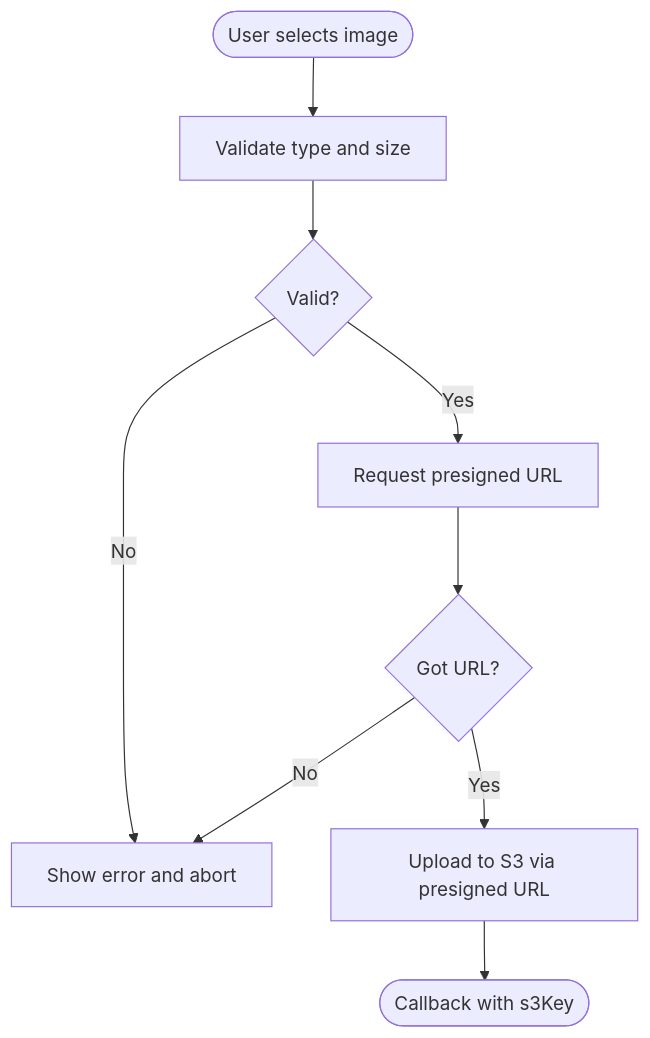
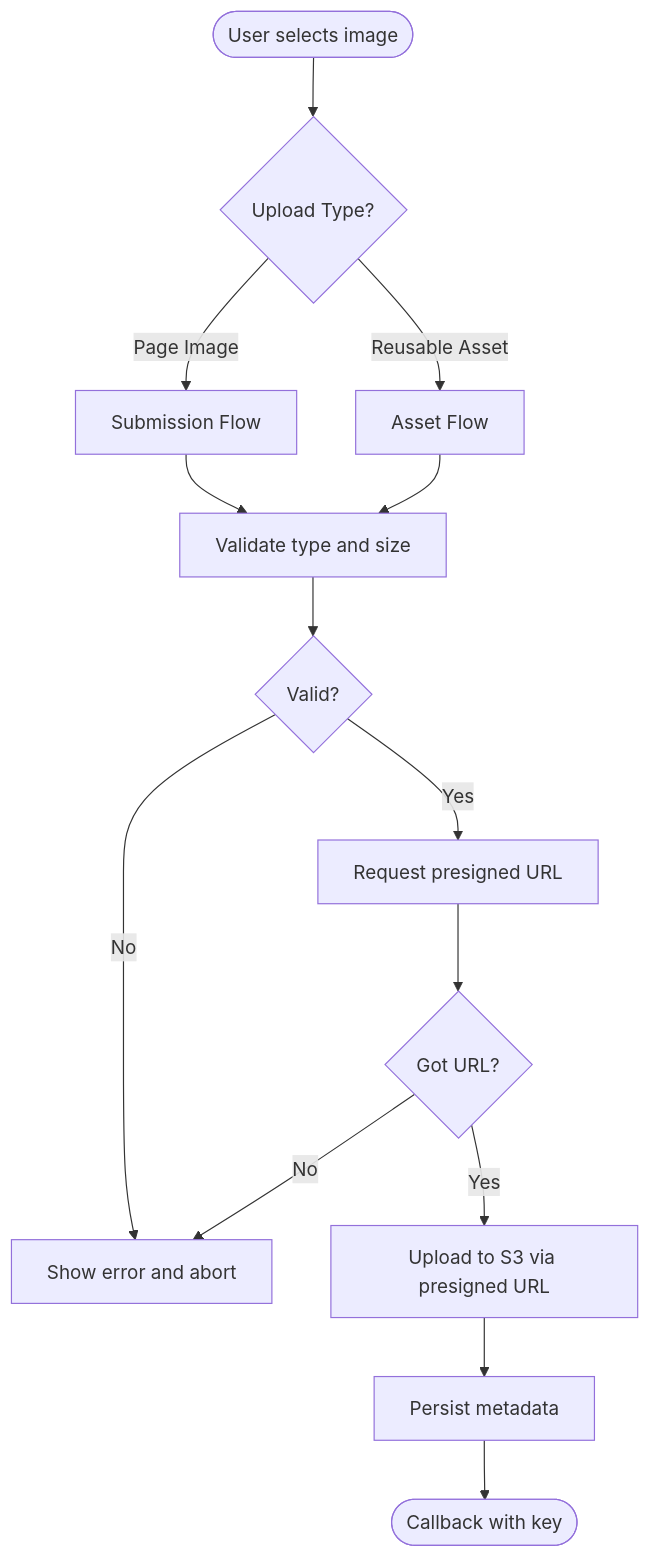
One commit to Crowdspender/titchybooks-app changed the third of 6 diagrams in .qoder/repowiki/en/content/Architecture Overview/Infrastructure Architecture.md. Above: the diagram before and after it, drawn with Mermaid. The commit also changed other lines of this file and 62 other files, not shown here.

````diff
--- a/.qoder/repowiki/en/content/Architecture Overview/Infrastructure Architecture.md
+++ b/.qoder/repowiki/en/content/Architecture Overview/Infrastructure Architecture.md
@@ -181,11 +220,16 @@
 ```mermaid
 flowchart TD
-Start(["User selects image"]) --> Validate["Validate type and size"]
+Start(["User selects image"]) --> Choice{"Upload Type?"}
+Choice --> |"Page Image"| PageFlow["Submission Flow"]
+Choice --> |"Reusable Asset"| AssetFlow["Asset Flow"]
+PageFlow --> Validate["Validate type and size"]
+AssetFlow --> Validate
 Validate --> Valid{"Valid?"}
 Valid -- "No" --> Err["Show error and abort"]
 Valid -- "Yes" --> Request["Request presigned URL"]
 Request --> GotURL{"Got URL?"}
 GotURL -- "No" --> Err
 GotURL -- "Yes" --> Upload["Upload to S3 via presigned URL"]
-Upload --> Done(["Callback with s3Key"])
+Upload --> Persist["Persist metadata"]
+Persist --> Done(["Callback with key"])
 ```
````
